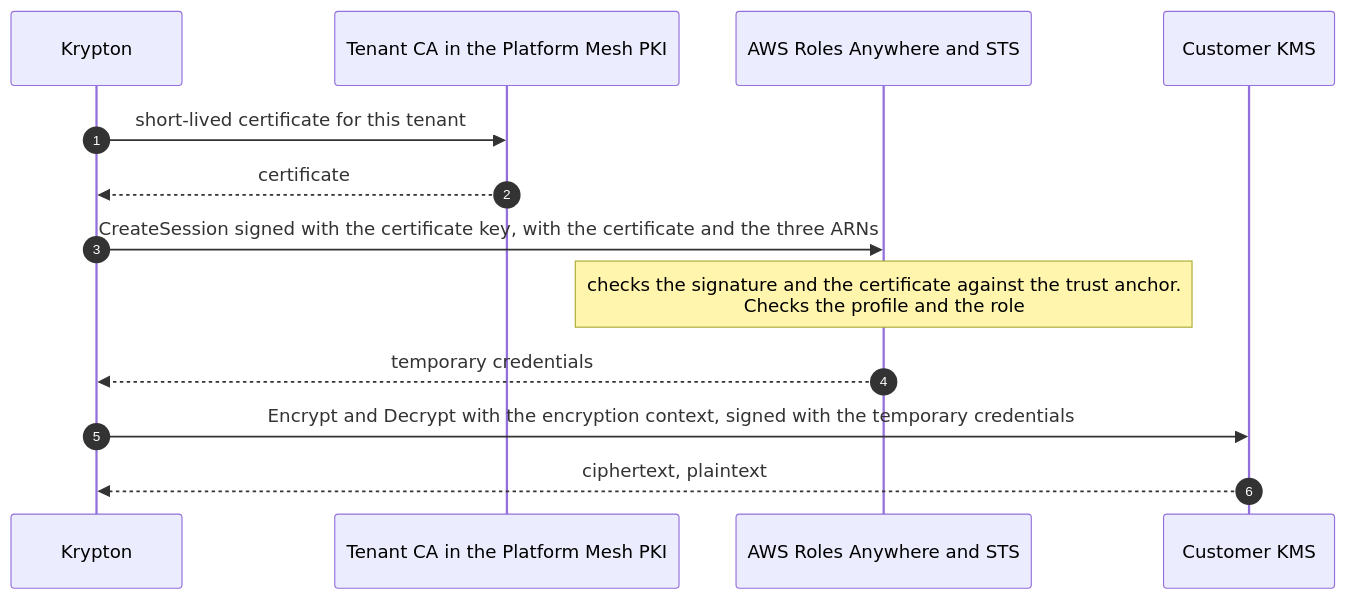
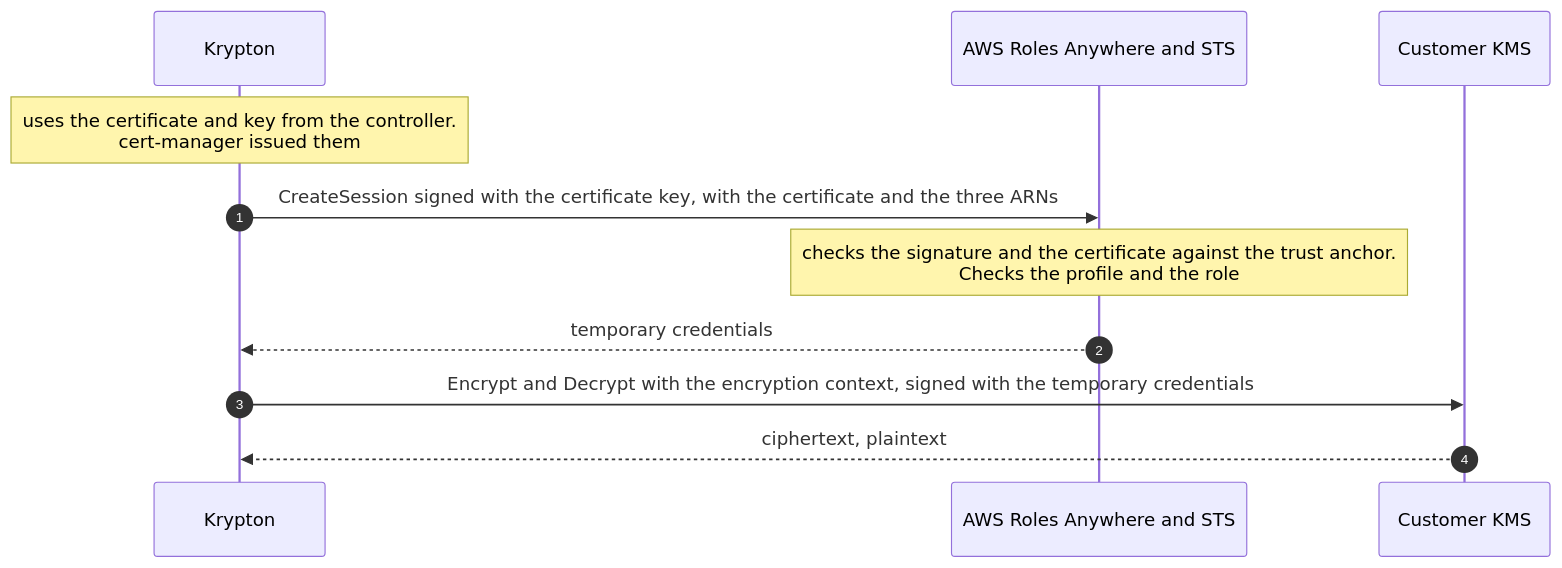
One commit to openkcm/platform-mesh-controller changed the seventh of 7 diagrams in docs/root-keys/root-key-flow.md. Above: the diagram before and after it, drawn with Mermaid. The commit also changed other lines of this file and 3 other files, not shown here.

````diff
--- a/docs/root-keys/root-key-flow.md
+++ b/docs/root-keys/root-key-flow.md
@@ -213,16 +231,14 @@
 ```mermaid
 sequenceDiagram
   autonumber
   participant KR as Krypton
-  participant CA as Tenant CA in the Platform Mesh PKI
   participant RA as AWS Roles Anywhere and STS
   participant KMS as Customer KMS
 
-  KR->>CA: short-lived certificate for this tenant
-  CA-->>KR: certificate
+  Note over KR: uses the certificate and key from the controller.<br/>cert-manager issued them
   KR->>RA: CreateSession signed with the certificate key, with the certificate and the three ARNs
   Note over RA: checks the signature and the certificate against the trust anchor.<br/>Checks the profile and the role
   RA-->>KR: temporary credentials
   KR->>KMS: Encrypt and Decrypt with the encryption context, signed with the temporary credentials
   KMS-->>KR: ciphertext, plaintext
 ```
````
